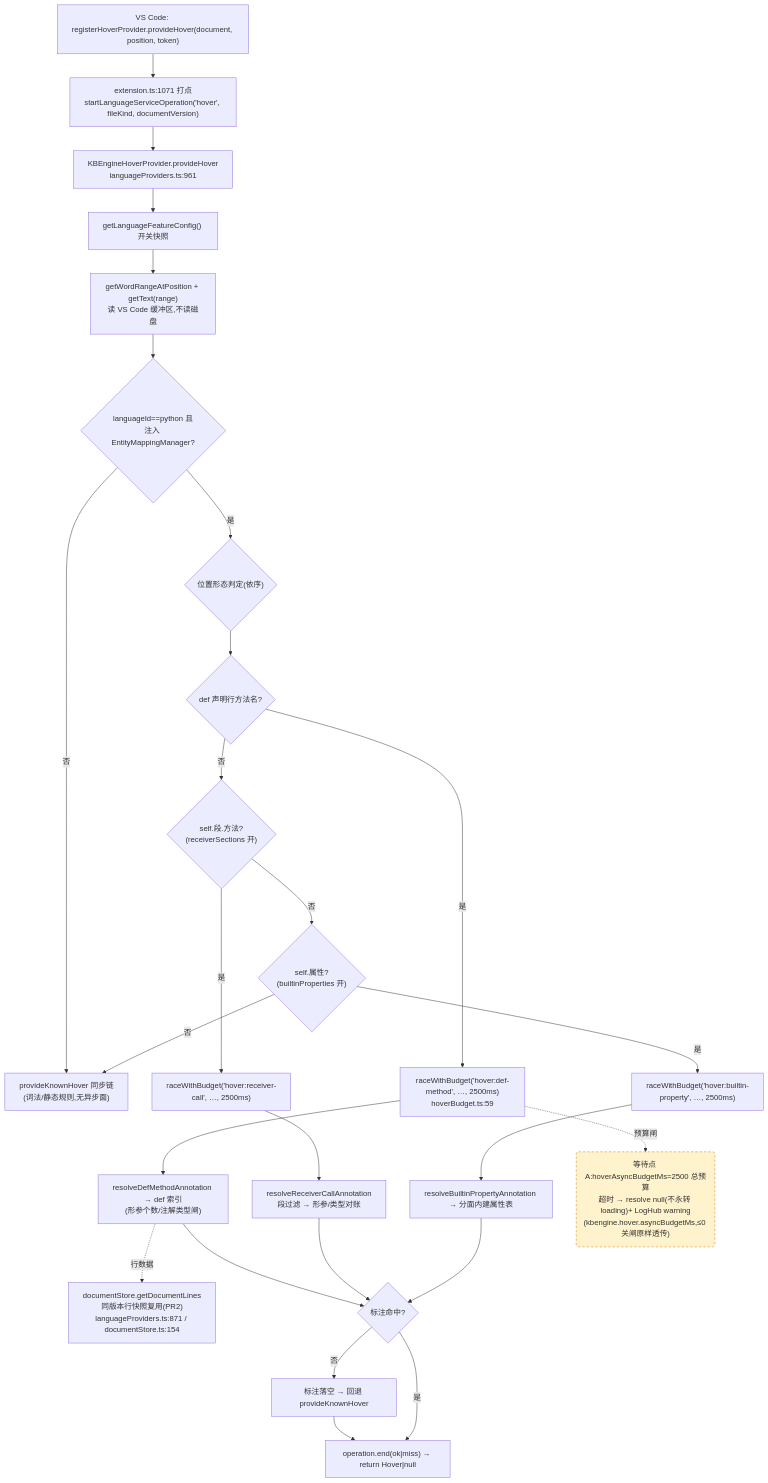
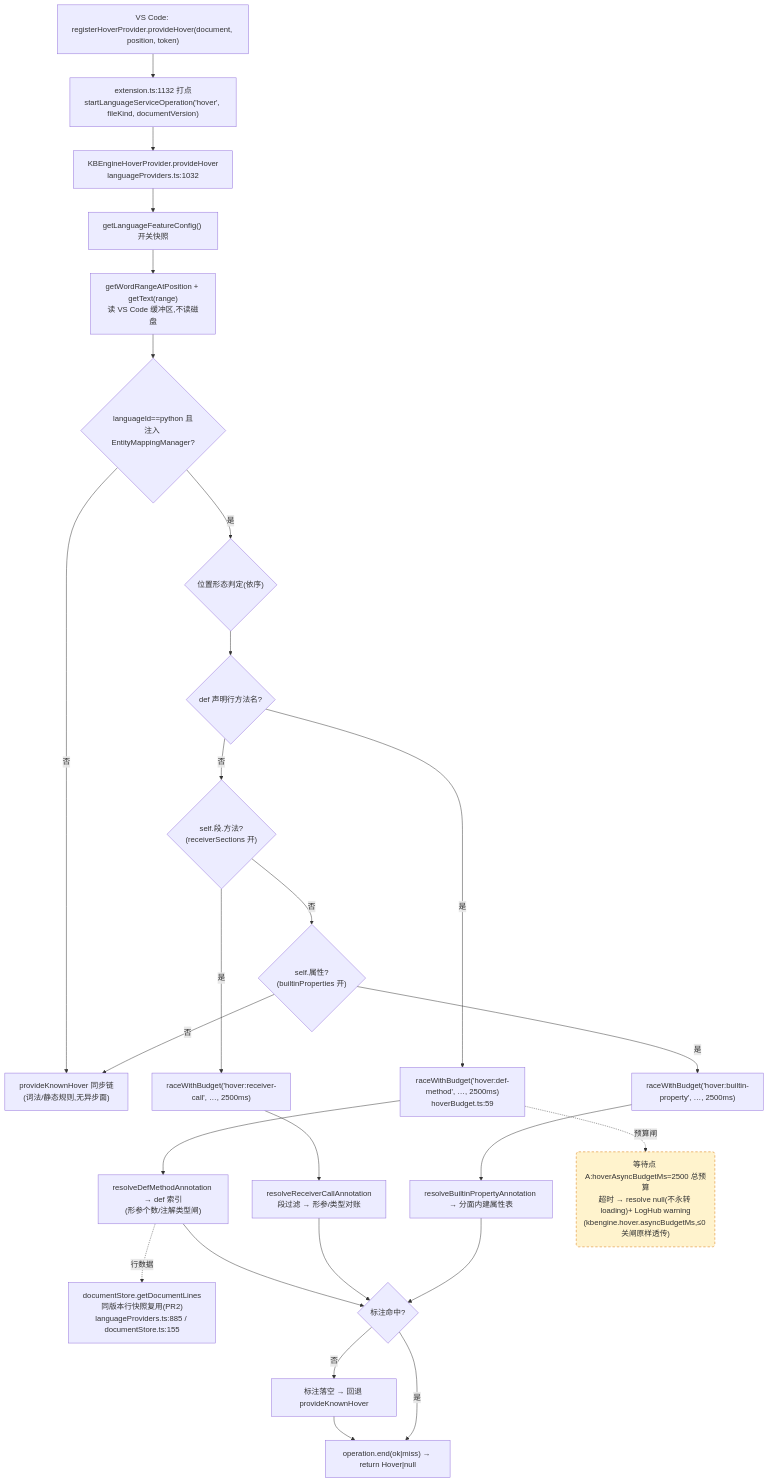
The first of 4 diagrams in docs/perf/2026-baseline.md (cuihairu/kode), drawn with Mermaid before and after one commit. The commit also changed other lines of this file and 42 other files, not shown here.

````diff
--- a/docs/perf/2026-baseline.md
+++ b/docs/perf/2026-baseline.md
@@ -82,45 +82,45 @@
 ```mermaid
 flowchart TD
   VC1["VS Code: registerHoverProvider.provideHover(document, position, token)"]
-  M1["extension.ts:1071 打点<br/>startLanguageServiceOperation('hover', fileKind, documentVersion)"]
-  HP["KBEngineHoverProvider.provideHover<br/>languageProviders.ts:961"]
+  M1["extension.ts:1132 打点<br/>startLanguageServiceOperation('hover', fileKind, documentVersion)"]
+  HP["KBEngineHoverProvider.provideHover<br/>languageProviders.ts:1032"]
   CFG["getLanguageFeatureConfig() 开关快照"]
   WORD["getWordRangeAtPosition + getText(range)<br/>读 VS Code 缓冲区,不读磁盘"]
   BR{"languageId==python 且<br/>注入 EntityMappingManager?"}
   KN["provideKnownHover 同步链<br/>(词法/静态规则,无异步面)"]
   POS{"位置形态判定(依序)"}
   D1{"def 声明行方法名?"}
   D2{"self.段.方法?<br/>(receiverSections 开)"}
   D3{"self.属性?<br/>(builtinProperties 开)"}
   RA1["raceWithBudget('hover:def-method', …, 2500ms)<br/>hoverBudget.ts:59"]
   RA2["raceWithBudget('hover:receiver-call', …, 2500ms)"]
   RA3["raceWithBudget('hover:builtin-property', …, 2500ms)"]
   RS1["resolveDefMethodAnnotation → def 索引<br/>(形参个数/注解类型闸)"]
   RS2["resolveReceiverCallAnnotation<br/>段过滤 → 形参/类型对账"]
   RS3["resolveBuiltinPropertyAnnotation → 分面内建属性表"]
-  LINES["documentStore.getDocumentLines<br/>同版本行快照复用(PR2)<br/>languageProviders.ts:871 / documentStore.ts:154"]
+  LINES["documentStore.getDocumentLines<br/>同版本行快照复用(PR2)<br/>languageProviders.ts:885 / documentStore.ts:155"]
   MISS["标注落空 → 回退 provideKnownHover"]
   END1["operation.end(ok|miss) → return Hover|null"]
 
   VC1 --> M1 --> HP --> CFG --> WORD --> BR
   BR -- "否" --> KN
   BR -- "是" --> POS --> D1
   D1 -- "是" --> RA1 --> RS1
   D1 -- "否" --> D2
   D2 -- "是" --> RA2 --> RS2
   D2 -- "否" --> D3
   D3 -- "是" --> RA3 --> RS3
   D3 -- "否" --> KN
   RS1 --> HIT{"标注命中?"}
   RS2 --> HIT
   RS3 --> HIT
   RS1 -.->|行数据| LINES
   HIT -- "否" --> MISS --> END1
   HIT -- "是" --> END1
 
   WAITA("等待点 A:hoverAsyncBudgetMs=2500 总预算<br/>超时 → resolve null(不永转 loading)+ LogHub warning<br/>(kbengine.hover.asyncBudgetMs,≤0 关闸原样透传)")
   RA1 -.->|预算闸| WAITA
 
   classDef waitPoint fill:#fff3cd,stroke:#d97706,stroke-dasharray:5 4;
   class WAITA waitPoint;
 ```
````
